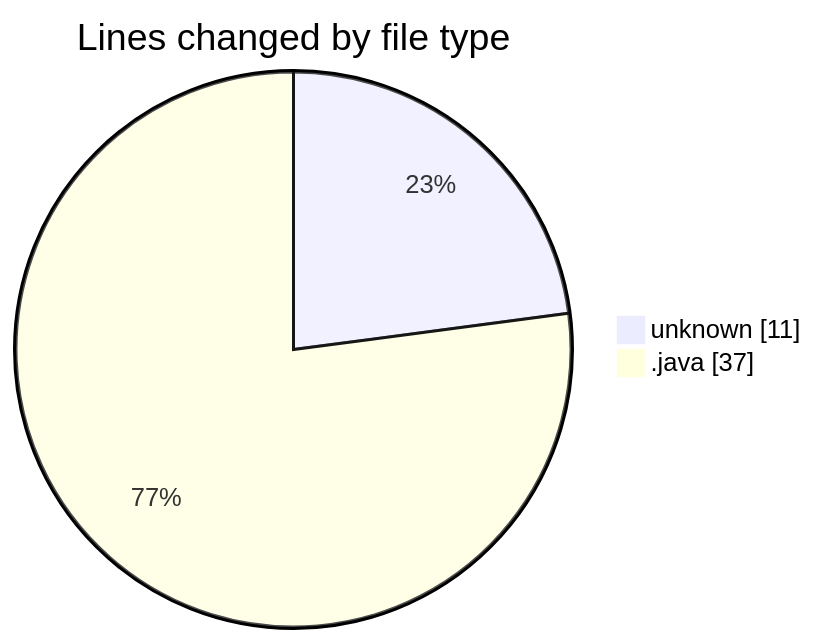
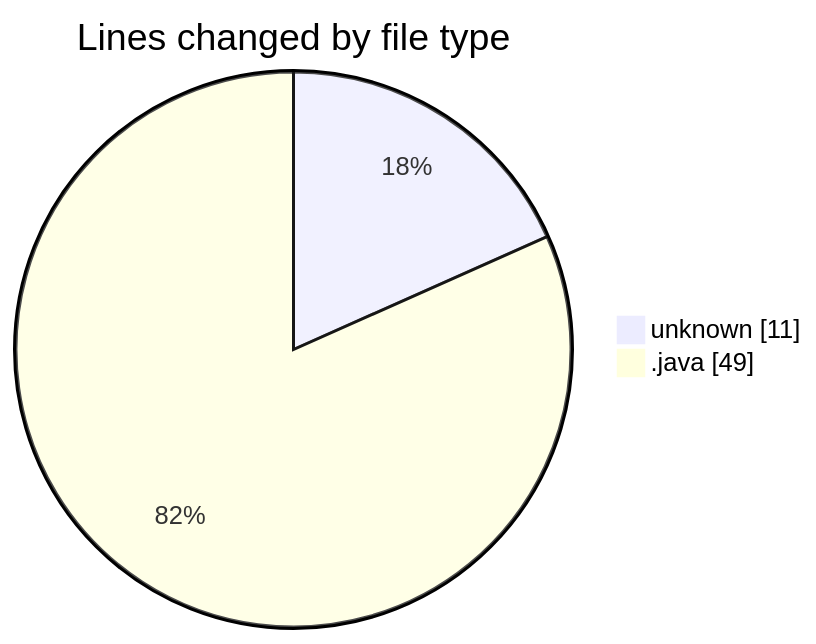
One commit to hasnaa123/code-tracking changed the first of 2 diagrams in 2026-04-12/chatserver/README.md. Above: the diagram before and after it, drawn with Mermaid. The commit also changed other lines of this file and 1 other file, not shown here.

````diff
--- a/2026-04-12/chatserver/README.md
+++ b/2026-04-12/chatserver/README.md
@@ -22,6 +22,6 @@
 ```mermaid
 pie showData
 title Lines changed by file type
 "unknown" : 11
-".java" : 37
+".java" : 49
 ```
````
